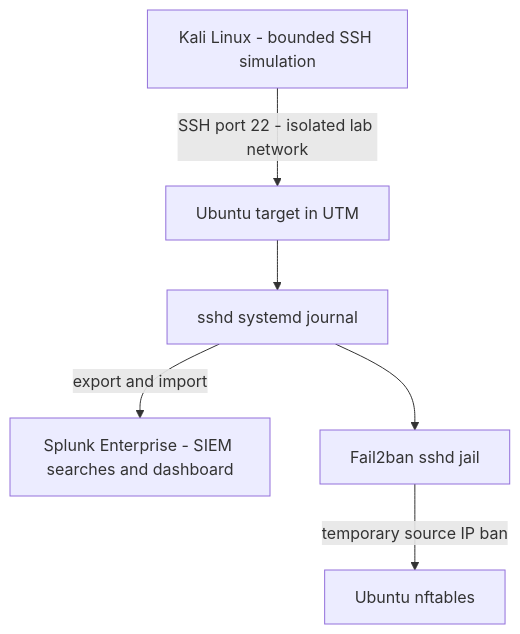
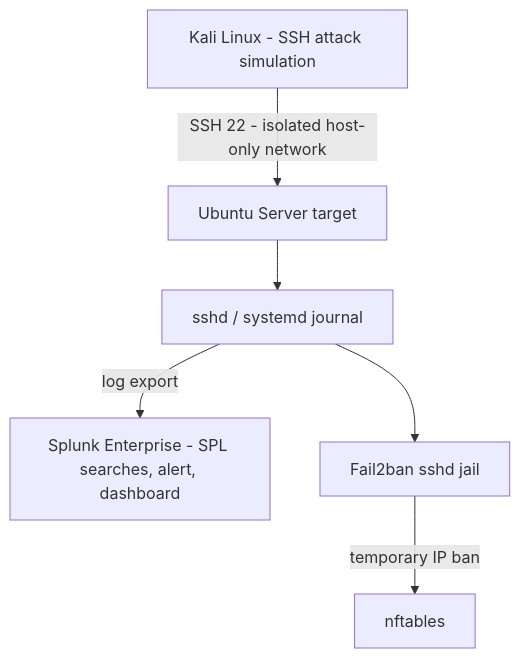
Before and after one commit to kingbob2205/soc-ssh-detection-lab: the diagram in README.md, drawn with Mermaid. The commit also changed other lines of this file and 1 other file, not shown here.

````diff
--- a/README.md
+++ b/README.md
@@ -11,8 +31,8 @@
 ```mermaid
 flowchart TD
-  K[Kali Linux - bounded SSH simulation] -->|SSH port 22 - isolated lab network| U[Ubuntu target in UTM]
-  U --> J[sshd systemd journal]
-  J -->|export and import| S[Splunk Enterprise - SIEM searches and dashboard]
+  K[Kali Linux - SSH attack simulation] -->|SSH 22 - isolated host-only network| U[Ubuntu Server target]
+  U --> J[sshd / systemd journal]
+  J -->|log export| S[Splunk Enterprise - SPL searches, alert, dashboard]
   J --> F[Fail2ban sshd jail]
-  F -->|temporary source IP ban| N[Ubuntu nftables]
+  F -->|temporary IP ban| N[nftables]
 ```
````
